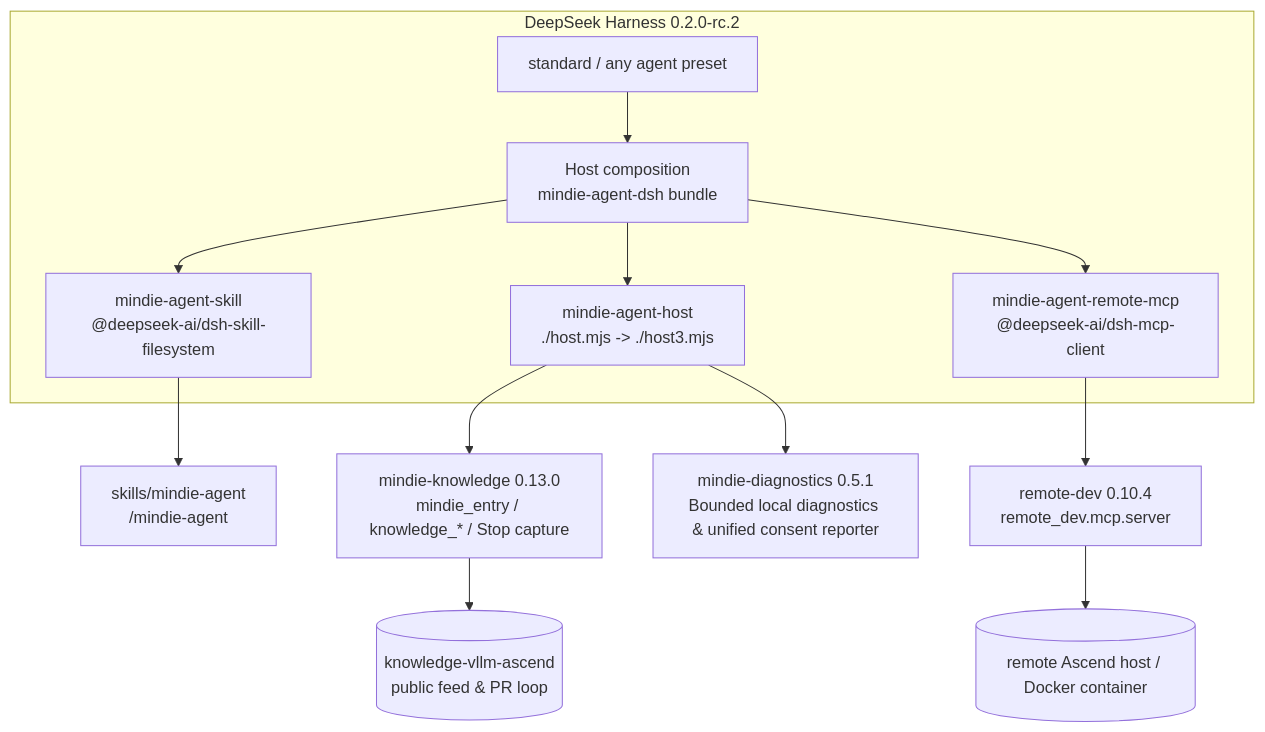
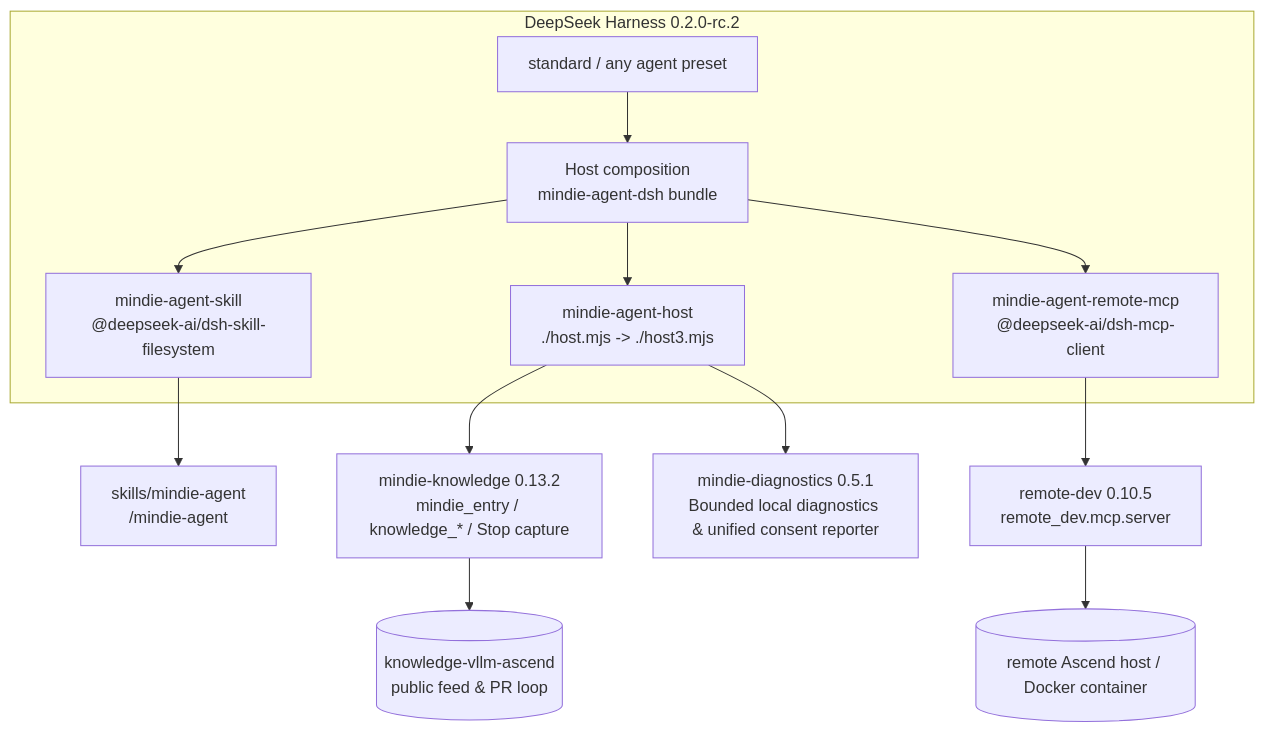
The diagram in README.en.md (mindie-agent/mindie-agent-dsh), drawn with Mermaid before and after one commit. The commit also changed other lines of this file and 8 other files, not shown here.

````diff
--- a/README.en.md
+++ b/README.en.md
@@ -196,20 +197,20 @@
 ```mermaid
 flowchart TB
   subgraph DSH["DeepSeek Harness 0.2.0-rc.2"]
     HOST["Host composition<br/>mindie-agent-dsh bundle"]
     STD["standard / any agent preset"]
     SKILL["mindie-agent-skill<br/>@deepseek-ai/dsh-skill-filesystem"]
     HPLUG["mindie-agent-host<br/>./host.mjs -> ./host3.mjs"]
     RMC["mindie-agent-remote-mcp<br/>@deepseek-ai/dsh-mcp-client"]
     STD --> HOST
     HOST --> SKILL
     HOST --> HPLUG
     HOST --> RMC
   end
   SKILL --> SK["skills/mindie-agent<br/>/mindie-agent"]
-  HPLUG --> KS["mindie-knowledge 0.13.0<br/>mindie_entry / knowledge_* / Stop capture"]
+  HPLUG --> KS["mindie-knowledge 0.13.2<br/>mindie_entry / knowledge_* / Stop capture"]
   HPLUG --> DIAG["mindie-diagnostics 0.5.1<br/>Bounded local diagnostics & unified consent reporter"]
   KS --> FEED[("knowledge-vllm-ascend<br/>public feed & PR loop")]
-  RMC --> RD["remote-dev 0.10.4<br/>remote_dev.mcp.server"]
+  RMC --> RD["remote-dev 0.10.5<br/>remote_dev.mcp.server"]
   RD --> NPU[("remote Ascend host / Docker container")]
 ```
````
